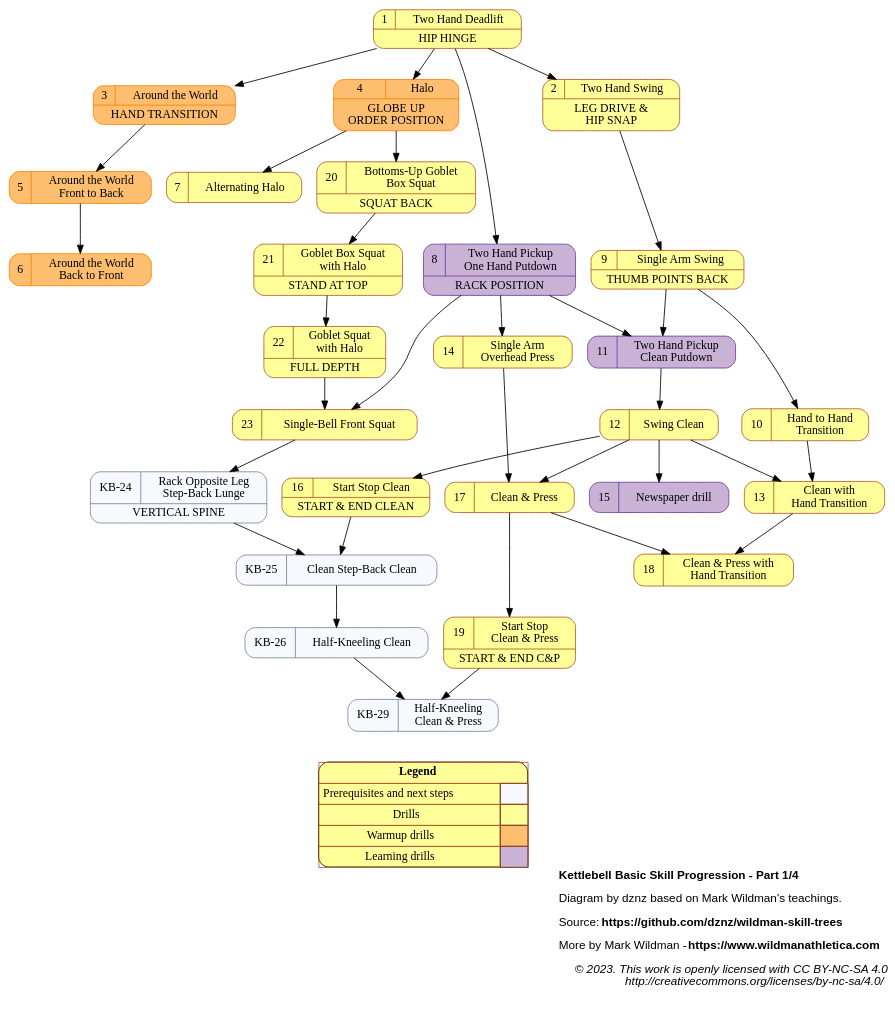
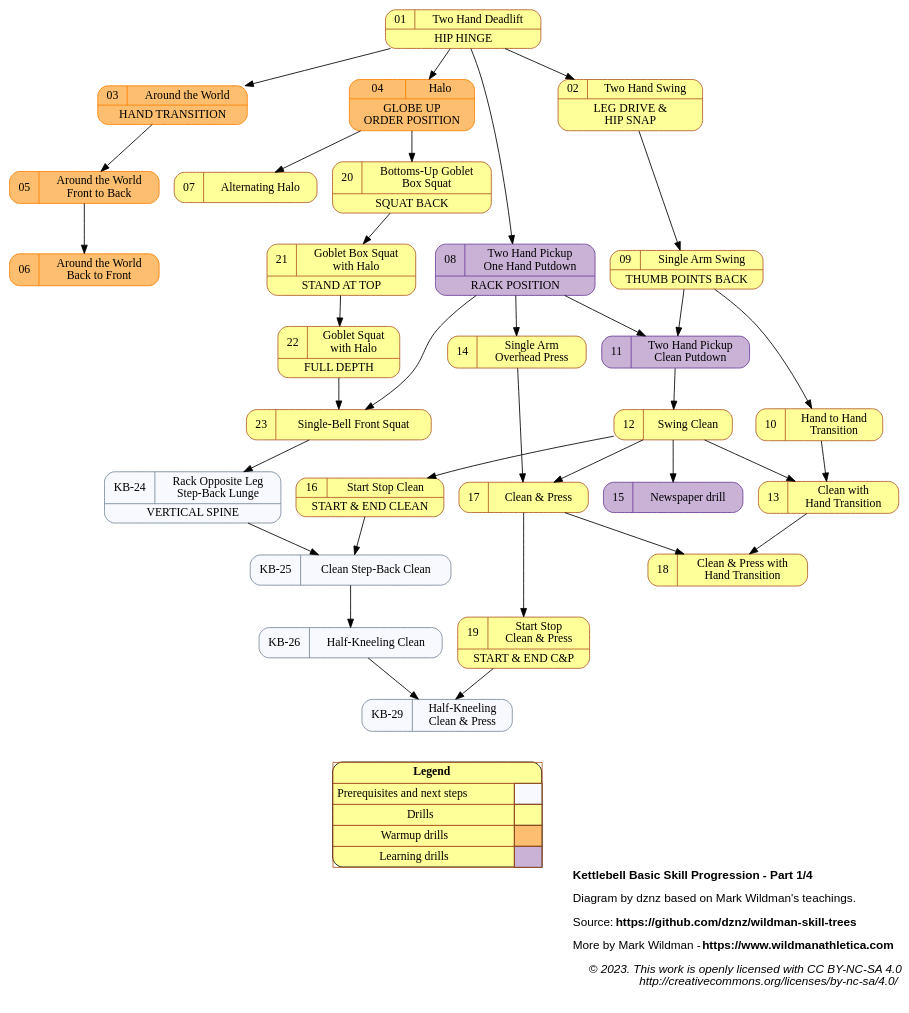
The diagram in src/kb/kb_progression_1.gv (dznz/wildman-skill-trees), drawn with Graphviz before and after one commit. The commit also changed 1 other file, not shown here.

Commit message:
refactor(kb_progression_1): add index to name

```diff
--- a/src/kb/kb_progression_1.gv
+++ b/src/kb/kb_progression_1.gv
@@ -1,128 +1,130 @@
 digraph kb_progression {
   
   label=<
 <B>Kettlebell Basic Skill Progression - Part 1/4</B><BR ALIGN="LEFT"/><BR ALIGN="LEFT"/>
 Diagram by dznz based on Mark Wildman's teachings.<BR ALIGN="LEFT"/><BR ALIGN="LEFT"/>
 Source: <B>https://github.com/dznz/wildman-skill-trees</B><BR ALIGN="LEFT"/><BR ALIGN="LEFT"/>
 More by Mark Wildman - <B>https://www.wildmanathletica.com</B><BR ALIGN="LEFT"/><BR ALIGN="LEFT"/>
 <I>
 © 2023. This work is openly licensed with CC BY-NC-SA 4.0<BR ALIGN="RIGHT"/>
 http://creativecommons.org/licenses/by-nc-sa/4.0/<BR ALIGN="RIGHT"/>
 </I>
   >
   graph [labeljust=r]
   graph [fontname="Helvetica,Arial,sans-serif"]
 
   node [colorscheme="paired12"]
   node [shape=record]
   node [style="rounded,filled"]
   node [color=12, fillcolor=11]
 
   subgraph warmup {
     node [color=8, fillcolor=7]
-    mov_atw; mov_halo, mov_atwf2b, mov_atwb2f
+    mov_03_atw; mov_04_halo, mov_05_atwf2b, mov_06_atwb2f
   }
 
   subgraph aux {
     node [color=10, fillcolor=9]
-    mov_2hu1hd; mov_2hucleandown; mov_news;
+    mov_08_2hu1hd; mov_11_2hucleandown; mov_15_news;
   }
 
   subgraph post {
     node [color=lightslategrey, fillcolor=ghostwhite]
-    mov_racklunge
-    mov_clean2sblunge
-    mov_halfkneelclean
-    mov_halfkneelcap
+    mov_24_racklunge
+    mov_25_clean2sblunge
+    mov_26_halfkneelclean
+    mov_29_halfkneelcap
   }
   
-  mov_deadlift [label="{{1|Two Hand Deadlift}|HIP HINGE}" URL="https://www.youtube.com/watch?v=x0XkmM34BPI&list=PLk4oYPJ7TXKhX8YqA2AVrfgs_pEF6p7KA&index=1"];
-  mov_swing [label="{{2|Two Hand Swing}|LEG DRIVE &\nHIP SNAP}" URL="https://www.youtube.com/watch?v=m-S9H2XVvYg&list=PLk4oYPJ7TXKhX8YqA2AVrfgs_pEF6p7KA&index=2"]
-  mov_atw [label="{{3|Around the World}|HAND TRANSITION}" URL="https://www.youtube.com/watch?v=XaegZzSbtr0&list=PLk4oYPJ7TXKhX8YqA2AVrfgs_pEF6p7KA&index=3"]
-  mov_halo [label="{{4|Halo}|GLOBE UP\nORDER POSITION}" URL="https://www.youtube.com/watch?v=25xdtjbFPtw&list=PLk4oYPJ7TXKhX8YqA2AVrfgs_pEF6p7KA&index=4"]
-  mov_atwf2b [label="5|Around the World\nFront to Back" URL="https://www.youtube.com/watch?v=TwlQQXAQpaQ&list=PLk4oYPJ7TXKhX8YqA2AVrfgs_pEF6p7KA&index=5"]
-  mov_atwb2f [label="6|Around the World\nBack to Front" URL="https://www.youtube.com/watch?v=GrRO00YOIWM&list=PLk4oYPJ7TXKhX8YqA2AVrfgs_pEF6p7KA&index=6"]
-  mov_althalo [label="7|Alternating Halo" URL="https://www.youtube.com/watch?v=SMpquy5zSL4&list=PLk4oYPJ7TXKhX8YqA2AVrfgs_pEF6p7KA&index=7"]
-  mov_2hu1hd [label="{{8|Two Hand Pickup\nOne Hand Putdown}|RACK POSITION}" URL="https://www.youtube.com/watch?v=eMkDP9VmMc0&list=PLk4oYPJ7TXKhX8YqA2AVrfgs_pEF6p7KA&index=8"]
-  mov_saswing [label="{{9|Single Arm Swing}|THUMB POINTS BACK}" URL="https://www.youtube.com/watch?v=ejPpyLKZ1L4&list=PLk4oYPJ7TXKhX8YqA2AVrfgs_pEF6p7KA&index=9"]
-  mov_h2h [label="10|Hand to Hand\nTransition" URL="https://www.youtube.com/watch?v=0Uk0Rdm3QFs&list=PLk4oYPJ7TXKhX8YqA2AVrfgs_pEF6p7KA&index=10"]
-  mov_2hucleandown [label="11|Two Hand Pickup\nClean Putdown" URL="https://www.youtube.com/watch?v=cQC2y-ByaAw&list=PLk4oYPJ7TXKhX8YqA2AVrfgs_pEF6p7KA&index=11"]
-  mov_clean [label="12|Swing Clean" URL="https://www.youtube.com/watch?v=_nIsSXWs5iU&list=PLk4oYPJ7TXKhX8YqA2AVrfgs_pEF6p7KA&index=12"]
-  mov_cleanh2h [label="13|Clean with\nHand Transition" URL="https://www.youtube.com/watch?v=6TVqHl2gtuM&list=PLk4oYPJ7TXKhX8YqA2AVrfgs_pEF6p7KA&index=13"]
-  mov_press [label="14|Single Arm\nOverhead Press" URL="https://www.youtube.com/watch?v=XHkI03S6Pls&list=PLk4oYPJ7TXKhX8YqA2AVrfgs_pEF6p7KA&index=14"]
-  mov_news [label="15|Newspaper drill" URL="https://www.youtube.com/watch?v=htByOXjHLXE&list=PLk4oYPJ7TXKhX8YqA2AVrfgs_pEF6p7KA&index=15"]
-  mov_startstopclean [label="{{16|Start Stop Clean}|START & END CLEAN}" URL="https://www.youtube.com/watch?v=XbK3jxI0WNQ&list=PLk4oYPJ7TXKhX8YqA2AVrfgs_pEF6p7KA&index=16"]
-  mov_cap [label="17|Clean & Press" URL="https://www.youtube.com/watch?v=SSxB3m5qRas&list=PLk4oYPJ7TXKhX8YqA2AVrfgs_pEF6p7KA&index=17"]
-  mov_caph2h [label="18|Clean & Press with\nHand Transition" URL="https://www.youtube.com/watch?v=5Q4vMOYvAGg&list=PLk4oYPJ7TXKhX8YqA2AVrfgs_pEF6p7KA&index=18"]
-  mov_startstopcap [label="{{19|Start Stop\nClean & Press}|START & END C&P}" URL="https://www.youtube.com/watch?v=dSj3kqbuois&list=PLk4oYPJ7TXKhX8YqA2AVrfgs_pEF6p7KA&index=19"]
-  mov_gobboxsquat [label="{{20|Bottoms-Up Goblet\nBox Squat}|SQUAT BACK}" URL="https://www.youtube.com/watch?v=k5Bc7pkEmrU&list=PLk4oYPJ7TXKhX8YqA2AVrfgs_pEF6p7KA&index=20"]
-  mov_boxsquathalo [label="{{21|Goblet Box Squat\nwith Halo}|STAND AT TOP}" URL="https://www.youtube.com/watch?v=Aik5-BStbnc&list=PLk4oYPJ7TXKhX8YqA2AVrfgs_pEF6p7KA&index=21"]
-  mov_gobsquathalo [label="{{22|Goblet Squat\nwith Halo}|FULL DEPTH}" URL="https://www.youtube.com/watch?v=cnZ8Mx8NQPE&list=PLk4oYPJ7TXKhX8YqA2AVrfgs_pEF6p7KA&index=22"]
-  mov_racksquat [label="{{23|Single-Bell Front Squat}}" URL="https://www.youtube.com/watch?v=KTDVl0Lkdc4&list=PLk4oYPJ7TXKhX8YqA2AVrfgs_pEF6p7KA&index=23"]
+  mov_01_deadlift [label="{{01|Two Hand Deadlift}|HIP HINGE}"                     URL="https://www.youtube.com/watch?v=x0XkmM34BPI&list=PLk4oYPJ7TXKhX8YqA2AVrfgs_pEF6p7KA&index=1"];
+  mov_02_swing    [label="{{02|Two Hand Swing}|LEG DRIVE &\nHIP SNAP}"            URL="https://www.youtube.com/watch?v=m-S9H2XVvYg&list=PLk4oYPJ7TXKhX8YqA2AVrfgs_pEF6p7KA&index=2"]
+  mov_03_atw      [label="{{03|Around the World}|HAND TRANSITION}"                URL="https://www.youtube.com/watch?v=XaegZzSbtr0&list=PLk4oYPJ7TXKhX8YqA2AVrfgs_pEF6p7KA&index=3"]
+  mov_04_halo     [label="{{04|Halo}|GLOBE UP\nORDER POSITION}"                   URL="https://www.youtube.com/watch?v=25xdtjbFPtw&list=PLk4oYPJ7TXKhX8YqA2AVrfgs_pEF6p7KA&index=4"]
+  mov_05_atwf2b   [label="{{05|Around the World\nFront to Back}}"                 URL="https://www.youtube.com/watch?v=TwlQQXAQpaQ&list=PLk4oYPJ7TXKhX8YqA2AVrfgs_pEF6p7KA&index=5"]
+  mov_06_atwb2f   [label="{{06|Around the World\nBack to Front}}"                 URL="https://www.youtube.com/watch?v=GrRO00YOIWM&list=PLk4oYPJ7TXKhX8YqA2AVrfgs_pEF6p7KA&index=6"]
+  mov_07_althalo  [label="{{07|Alternating Halo}}"                                URL="https://www.youtube.com/watch?v=SMpquy5zSL4&list=PLk4oYPJ7TXKhX8YqA2AVrfgs_pEF6p7KA&index=7"]
+  mov_08_2hu1hd   [label="{{08|Two Hand Pickup\nOne Hand Putdown}|RACK POSITION}" URL="https://www.youtube.com/watch?v=eMkDP9VmMc0&list=PLk4oYPJ7TXKhX8YqA2AVrfgs_pEF6p7KA&index=8"]
+  mov_09_saswing  [label="{{09|Single Arm Swing}|THUMB POINTS BACK}"              URL="https://www.youtube.com/watch?v=ejPpyLKZ1L4&list=PLk4oYPJ7TXKhX8YqA2AVrfgs_pEF6p7KA&index=9"]
+  mov_10_h2h      [label="{{10|Hand to Hand\nTransition}}"                        URL="https://www.youtube.com/watch?v=0Uk0Rdm3QFs&list=PLk4oYPJ7TXKhX8YqA2AVrfgs_pEF6p7KA&index=10"]
+
+  mov_11_2hucleandown   [label="{{11|Two Hand Pickup\nClean Putdown}}"            URL="https://www.youtube.com/watch?v=cQC2y-ByaAw&list=PLk4oYPJ7TXKhX8YqA2AVrfgs_pEF6p7KA&index=11"]
+  mov_12_clean          [label="{{12|Swing Clean}}"                               URL="https://www.youtube.com/watch?v=_nIsSXWs5iU&list=PLk4oYPJ7TXKhX8YqA2AVrfgs_pEF6p7KA&index=12"]
+  mov_13_cleanh2h       [label="{{13|Clean with\nHand Transition}}"               URL="https://www.youtube.com/watch?v=6TVqHl2gtuM&list=PLk4oYPJ7TXKhX8YqA2AVrfgs_pEF6p7KA&index=13"]
+  mov_14_press          [label="{{14|Single Arm\nOverhead Press}}"                URL="https://www.youtube.com/watch?v=XHkI03S6Pls&list=PLk4oYPJ7TXKhX8YqA2AVrfgs_pEF6p7KA&index=14"]
+  mov_15_news           [label="{{15|Newspaper drill}}"                           URL="https://www.youtube.com/watch?v=htByOXjHLXE&list=PLk4oYPJ7TXKhX8YqA2AVrfgs_pEF6p7KA&index=15"]
+  mov_16_startstopclean [label="{{16|Start Stop Clean}|START & END CLEAN}"        URL="https://www.youtube.com/watch?v=XbK3jxI0WNQ&list=PLk4oYPJ7TXKhX8YqA2AVrfgs_pEF6p7KA&index=16"]
+  mov_17_cap            [label="{{17|Clean & Press}}"                             URL="https://www.youtube.com/watch?v=SSxB3m5qRas&list=PLk4oYPJ7TXKhX8YqA2AVrfgs_pEF6p7KA&index=17"]
+  mov_18_caph2h         [label="{{18|Clean & Press with\nHand Transition}}"       URL="https://www.youtube.com/watch?v=5Q4vMOYvAGg&list=PLk4oYPJ7TXKhX8YqA2AVrfgs_pEF6p7KA&index=18"]
+  mov_19_startstopcap   [label="{{19|Start Stop\nClean & Press}|START & END C&P}" URL="https://www.youtube.com/watch?v=dSj3kqbuois&list=PLk4oYPJ7TXKhX8YqA2AVrfgs_pEF6p7KA&index=19"]
+  mov_20_gobboxsquat    [label="{{20|Bottoms-Up Goblet\nBox Squat}|SQUAT BACK}"   URL="https://www.youtube.com/watch?v=k5Bc7pkEmrU&list=PLk4oYPJ7TXKhX8YqA2AVrfgs_pEF6p7KA&index=20"]
+
+  mov_21_boxsquathalo [label="{{21|Goblet Box Squat\nwith Halo}|STAND AT TOP}" URL="https://www.youtube.com/watch?v=Aik5-BStbnc&list=PLk4oYPJ7TXKhX8YqA2AVrfgs_pEF6p7KA&index=21"]
+  mov_22_gobsquathalo [label="{{22|Goblet Squat\nwith Halo}|FULL DEPTH}"       URL="https://www.youtube.com/watch?v=cnZ8Mx8NQPE&list=PLk4oYPJ7TXKhX8YqA2AVrfgs_pEF6p7KA&index=22"]
+  mov_23_racksquat    [label="{{23|Single-Bell Front Squat}}"                  URL="https://www.youtube.com/watch?v=KTDVl0Lkdc4&list=PLk4oYPJ7TXKhX8YqA2AVrfgs_pEF6p7KA&index=23"]
 
   // Next skills
-  mov_racklunge [label="{{KB-24|Rack Opposite Leg\nStep-Back Lunge}|VERTICAL SPINE}" URL="https://www.youtube.com/watch?v=KTDVl0Lkdc4&list=PLk4oYPJ7TXKhX8YqA2AVrfgs_pEF6p7KA&index=24"]
-  mov_clean2sblunge [label="{{KB-25|Clean Step-Back Clean}}" URL="https://www.youtube.com/watch?v=KTDVl0Lkdc4&list=PLk4oYPJ7TXKhX8YqA2AVrfgs_pEF6p7KA&index=25"]
-  mov_halfkneelclean [label="{{KB-26|Half-Kneeling Clean}}" URL="https://www.youtube.com/watch?v=KTDVl0Lkdc4&list=PLk4oYPJ7TXKhX8YqA2AVrfgs_pEF6p7KA&index=26"]
-  mov_halfkneelcap [label="{{KB-29|Half-Kneeling\nClean & Press}}" URL="https://www.youtube.com/watch?v=KTDVl0Lkdc4&list=PLk4oYPJ7TXKhX8YqA2AVrfgs_pEF6p7KA&index=29"]
+  mov_24_racklunge      [label="{{KB-24|Rack Opposite Leg\nStep-Back Lunge}|VERTICAL SPINE}" URL="https://www.youtube.com/watch?v=KTDVl0Lkdc4&list=PLk4oYPJ7TXKhX8YqA2AVrfgs_pEF6p7KA&index=24"]
+  mov_25_clean2sblunge  [label="{{KB-25|Clean Step-Back Clean}}"                             URL="https://www.youtube.com/watch?v=KTDVl0Lkdc4&list=PLk4oYPJ7TXKhX8YqA2AVrfgs_pEF6p7KA&index=25"]
+  mov_26_halfkneelclean [label="{{KB-26|Half-Kneeling Clean}}"                               URL="https://www.youtube.com/watch?v=KTDVl0Lkdc4&list=PLk4oYPJ7TXKhX8YqA2AVrfgs_pEF6p7KA&index=26"]
+  mov_29_halfkneelcap   [label="{{KB-29|Half-Kneeling\nClean & Press}}"                      URL="https://www.youtube.com/watch?v=KTDVl0Lkdc4&list=PLk4oYPJ7TXKhX8YqA2AVrfgs_pEF6p7KA&index=29"]
 
-  mov_deadlift -> mov_swing;
-  mov_deadlift -> mov_atw;
-  mov_deadlift -> mov_halo;
-  mov_atw -> mov_atwf2b;
-  mov_atwf2b -> mov_atwb2f;
-  mov_halo -> mov_althalo;
-  mov_deadlift -> mov_2hu1hd;
-  mov_swing -> mov_saswing;
-  mov_saswing -> mov_h2h;
-  mov_2hu1hd -> mov_2hucleandown;
-  mov_saswing -> mov_2hucleandown;
-  mov_2hucleandown -> mov_clean;
-  mov_clean -> mov_cleanh2h;
-  mov_h2h -> mov_cleanh2h;
-  mov_2hu1hd -> mov_press;
-  mov_clean -> mov_news;
-  mov_clean -> mov_startstopclean;
-  mov_clean -> mov_cap;
-  mov_press -> mov_cap;
-  mov_cap -> mov_caph2h;
-  mov_cleanh2h -> mov_caph2h;
-  mov_cap -> mov_startstopcap;
-  mov_halo -> mov_gobboxsquat;
-  mov_gobboxsquat -> mov_boxsquathalo;
-  mov_boxsquathalo -> mov_gobsquathalo;
-  mov_gobsquathalo -> mov_racksquat;
-  mov_2hu1hd -> mov_racksquat;
-  mov_racksquat -> mov_racklunge;
-  mov_racklunge -> mov_clean2sblunge;
-  mov_startstopclean -> mov_clean2sblunge;
-  mov_clean2sblunge -> mov_halfkneelclean;
-  mov_startstopcap -> mov_halfkneelcap;
-  mov_halfkneelclean -> mov_halfkneelcap;
+  mov_01_deadlift -> mov_02_swing;
+  mov_01_deadlift -> mov_03_atw;
+  mov_01_deadlift -> mov_04_halo;
+  mov_03_atw -> mov_05_atwf2b;
+  mov_05_atwf2b -> mov_06_atwb2f;
+  mov_04_halo -> mov_07_althalo;
+  mov_01_deadlift -> mov_08_2hu1hd;
+  mov_02_swing -> mov_09_saswing;
+  mov_09_saswing -> mov_10_h2h;
+  mov_08_2hu1hd -> mov_11_2hucleandown;
+  mov_09_saswing -> mov_11_2hucleandown;
+  mov_11_2hucleandown -> mov_12_clean;
+  mov_12_clean -> mov_13_cleanh2h;
+  mov_10_h2h -> mov_13_cleanh2h;
+  mov_08_2hu1hd -> mov_14_press;
+  mov_12_clean -> mov_15_news;
+  mov_12_clean -> mov_16_startstopclean;
+  mov_12_clean -> mov_17_cap;
+  mov_14_press -> mov_17_cap;
+  mov_17_cap -> mov_18_caph2h;
+  mov_13_cleanh2h -> mov_18_caph2h;
+  mov_17_cap -> mov_19_startstopcap;
+  mov_04_halo -> mov_20_gobboxsquat;
+  mov_20_gobboxsquat -> mov_21_boxsquathalo;
+  mov_21_boxsquathalo -> mov_22_gobsquathalo;
+  mov_22_gobsquathalo -> mov_23_racksquat;
+  mov_08_2hu1hd -> mov_23_racksquat;
+  mov_23_racksquat -> mov_24_racklunge;
+  mov_24_racklunge -> mov_25_clean2sblunge;
+  mov_16_startstopclean -> mov_25_clean2sblunge;
+  mov_25_clean2sblunge -> mov_26_halfkneelclean;
+  mov_19_startstopcap -> mov_29_halfkneelcap;
+  mov_26_halfkneelclean -> mov_29_halfkneelcap;
 
   { rank = sink;
     Legend [shape=none, margin=0, label=<
     <TABLE BORDER="0" CELLBORDER="1" CELLSPACING="0" CELLPADDING="4">
      <TR>
       <TD COLSPAN="2"><B>Legend</B></TD>
      </TR>
      <TR>
       <TD>Prerequisites and next steps</TD>
       <TD BGCOLOR="ghostwhite">&nbsp;&nbsp;&nbsp;&nbsp;&nbsp;</TD>
      </TR>
      <TR>
       <TD>Drills</TD>
       <TD BGCOLOR="11"></TD>
      </TR>
      <TR>
       <TD>Warmup drills</TD>
       <TD BGCOLOR="7"></TD>
      </TR>
      <TR>
       <TD>Learning drills</TD>
       <TD BGCOLOR="9"></TD>
      </TR>
     </TABLE>
    >];
   }
 }
```
